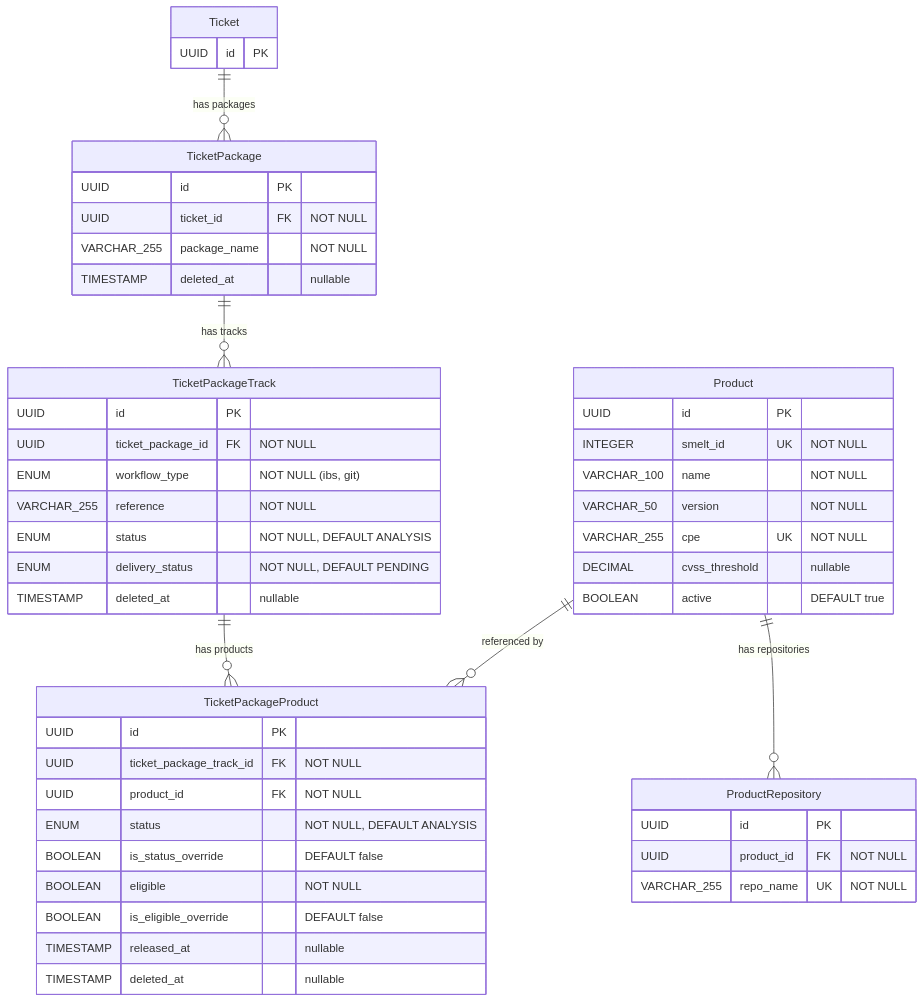
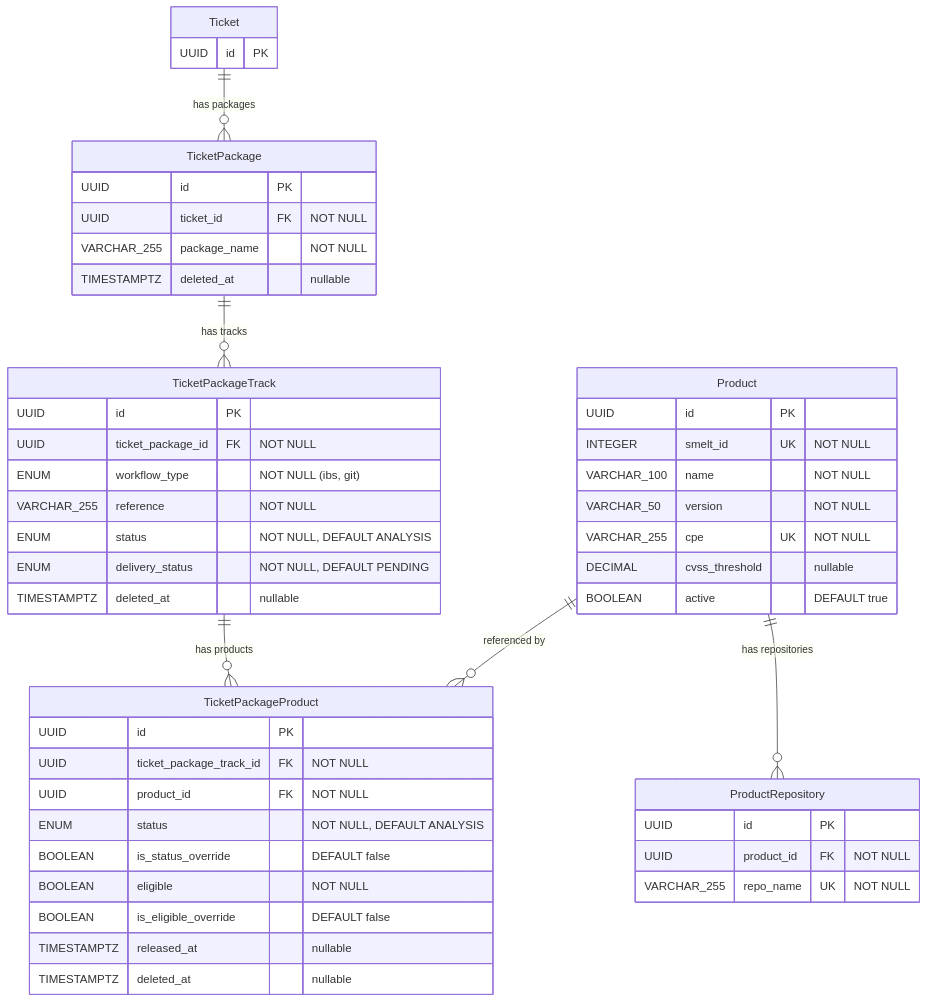
The third of 6 diagrams in docs/data-model.md (StayPirate/STAMP), drawn with Mermaid before and after one commit. The commit also changed other lines of this file and 11 other files, not shown here.

````diff
--- a/docs/data-model.md
+++ b/docs/data-model.md
@@ -133,52 +133,52 @@
 ```mermaid
 erDiagram
     Ticket {
         UUID id PK
     }
     TicketPackage {
         UUID id PK
         UUID ticket_id FK "NOT NULL"
         VARCHAR_255 package_name "NOT NULL"
-        TIMESTAMP deleted_at "nullable"
+        TIMESTAMPTZ deleted_at "nullable"
     }
     TicketPackageTrack {
         UUID id PK
         UUID ticket_package_id FK "NOT NULL"
         ENUM workflow_type "NOT NULL (ibs, git)"
         VARCHAR_255 reference "NOT NULL"
         ENUM status "NOT NULL, DEFAULT ANALYSIS"
         ENUM delivery_status "NOT NULL, DEFAULT PENDING"
-        TIMESTAMP deleted_at "nullable"
+        TIMESTAMPTZ deleted_at "nullable"
     }
     TicketPackageProduct {
         UUID id PK
         UUID ticket_package_track_id FK "NOT NULL"
         UUID product_id FK "NOT NULL"
         ENUM status "NOT NULL, DEFAULT ANALYSIS"
         BOOLEAN is_status_override "DEFAULT false"
         BOOLEAN eligible "NOT NULL"
         BOOLEAN is_eligible_override "DEFAULT false"
-        TIMESTAMP released_at "nullable"
-        TIMESTAMP deleted_at "nullable"
+        TIMESTAMPTZ released_at "nullable"
+        TIMESTAMPTZ deleted_at "nullable"
     }
     Product {
         UUID id PK
         INTEGER smelt_id UK "NOT NULL"
         VARCHAR_100 name "NOT NULL"
         VARCHAR_50 version "NOT NULL"
         VARCHAR_255 cpe UK "NOT NULL"
         DECIMAL cvss_threshold "nullable"
         BOOLEAN active "DEFAULT true"
     }
     ProductRepository {
         UUID id PK
         UUID product_id FK "NOT NULL"
         VARCHAR_255 repo_name UK "NOT NULL"
     }
 
     Ticket ||--o{ TicketPackage : "has packages"
     TicketPackage ||--o{ TicketPackageTrack : "has tracks"
     TicketPackageTrack ||--o{ TicketPackageProduct : "has products"
     Product ||--o{ TicketPackageProduct : "referenced by"
     Product ||--o{ ProductRepository : "has repositories"
 ```
````
